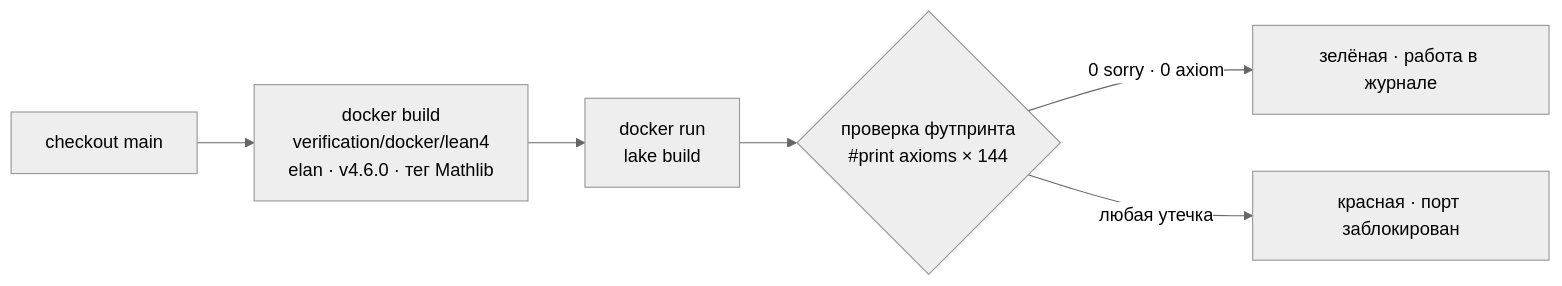
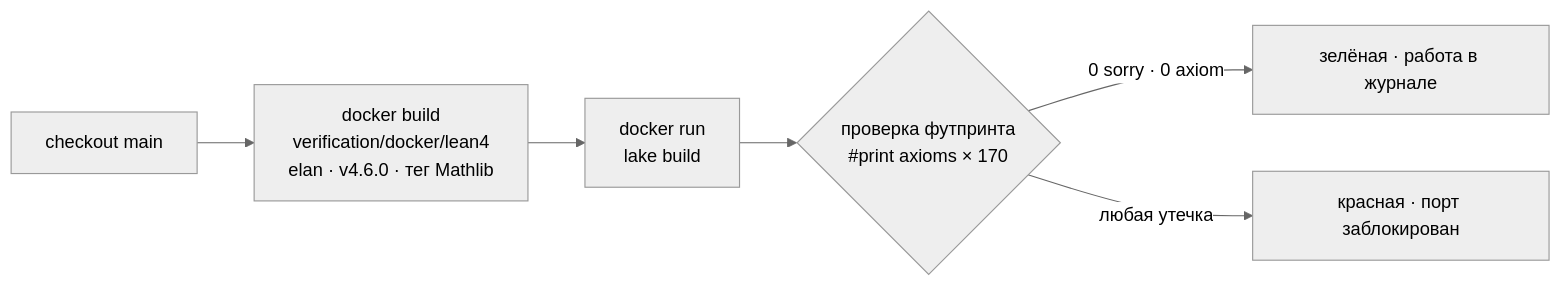
One commit to wild8highlander/Trivortex changed the fourth of 5 diagrams in verification/lean4/README_RU.md. Above: the diagram before and after it, drawn with Mermaid (neutral theme). The commit also changed other lines of this file and 42 other files, not shown here.

````diff
--- a/verification/lean4/README_RU.md
+++ b/verification/lean4/README_RU.md
@@ -574,8 +621,8 @@
 ```mermaid
 flowchart LR
     A["checkout main"] --> B["docker build<br/>verification/docker/lean4<br/>elan · v4.6.0 · тег Mathlib"]
     B --> C["docker run<br/>lake build"]
-    C --> D{"проверка футпринта<br/>#print axioms × 144"}
+    C --> D{"проверка футпринта<br/>#print axioms × 170"}
     D -->|"0 sorry · 0 axiom"| E["зелёная · работа в журнале"]
     D -->|"любая утечка"| F["красная · порт заблокирован"]
 ```
````
